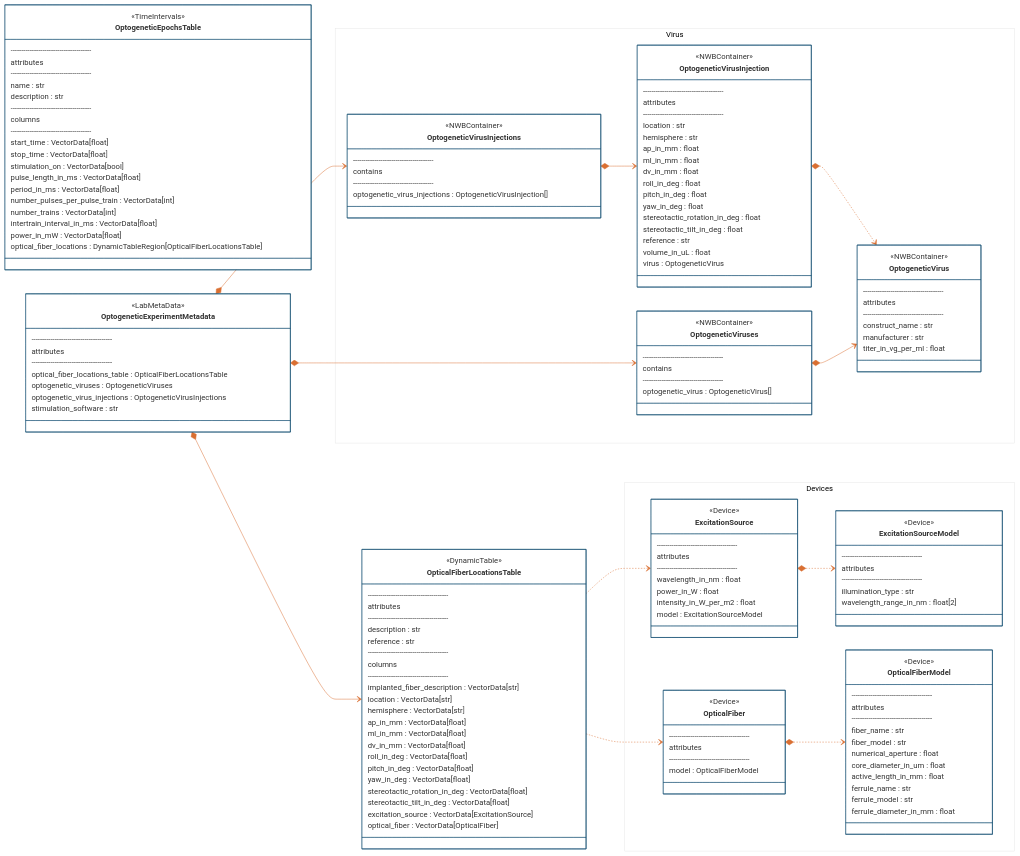
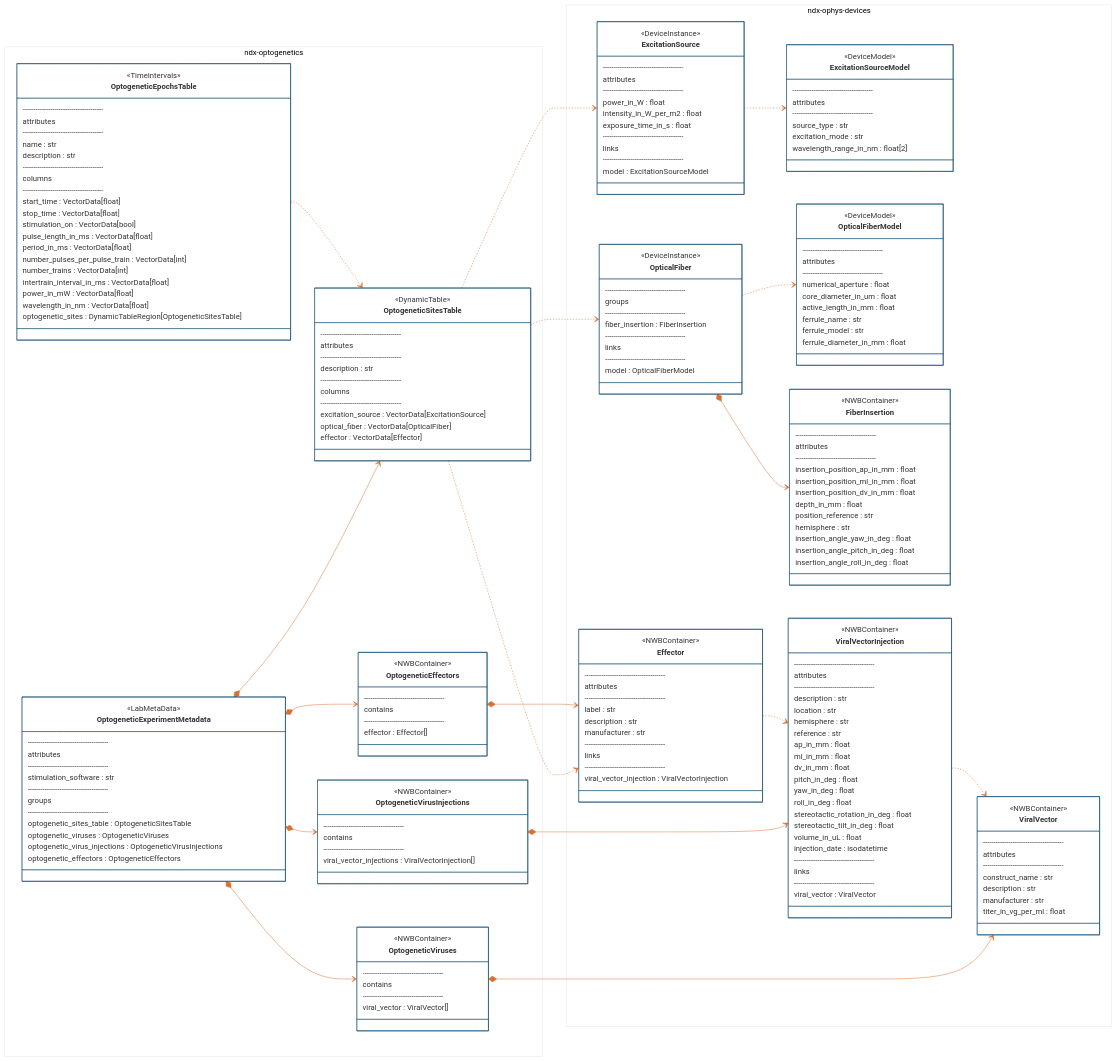
The diagram in README.md (rly/ndx-optogenetics), drawn with Mermaid before and after one commit. The commit also changed other lines of this file, not shown here.

````diff
--- a/README.md
+++ b/README.md
@@ -93,94 +141,118 @@
 classDiagram
     direction LR
 
-    class OptogeneticEpochsTable {
-        <<TimeIntervals>>
-        --------------------------------------
-        attributes
-        --------------------------------------
-        name : str
-        description : str
-
-        --------------------------------------
-        columns
-        --------------------------------------
-        start_time : VectorData[float]
-        stop_time : VectorData[float]
-        stimulation_on : VectorData[bool]
-        pulse_length_in_ms : VectorData[float]
-        period_in_ms : VectorData[float]
-        number_pulses_per_pulse_train : VectorData[int]
-        number_trains : VectorData[int]
-        intertrain_interval_in_ms : VectorData[float]
-        power_in_mW : VectorData[float]
-        optical_fiber_locations : DynamicTableRegion[OpticalFiberLocationsTable]
-    }
-
-    class OptogeneticExperimentMetadata {
-        <<LabMetaData>>
-        --------------------------------------
-        attributes
-        --------------------------------------
-        optical_fiber_locations_table : OpticalFiberLocationsTable
-        optogenetic_viruses : OptogeneticViruses
-        optogenetic_virus_injections : OptogeneticVirusInjections
-        stimulation_software : str
-    }
-
-    class OpticalFiberLocationsTable {
-        <<DynamicTable>>
-        --------------------------------------
-        attributes
-        --------------------------------------
-        description : str
-        reference : str
-
-        --------------------------------------
-        columns
-        --------------------------------------
-        implanted_fiber_description : VectorData[str]
-        location : VectorData[str]
-        hemisphere : VectorData[str]
-        ap_in_mm : VectorData[float]
-        ml_in_mm : VectorData[float]
-        dv_in_mm : VectorData[float]
-        roll_in_deg : VectorData[float]
-        pitch_in_deg : VectorData[float]
-        yaw_in_deg : VectorData[float]
-        stereotactic_rotation_in_deg : VectorData[float]
-        stereotactic_tilt_in_deg : VectorData[float]
-        excitation_source : VectorData[ExcitationSource]
-        optical_fiber : VectorData[OpticalFiber]
-    }
-
-    namespace Devices {
-        class ExcitationSourceModel {
-            <<Device>>
+    namespace ndx-optogenetics {
+        class OptogeneticEpochsTable {
+            <<TimeIntervals>>
             --------------------------------------
             attributes
             --------------------------------------
-            illumination_type : str
+            name : str
+            description : str
+
+            --------------------------------------
+            columns
+            --------------------------------------
+            start_time : VectorData[float]
+            stop_time : VectorData[float]
+            stimulation_on : VectorData[bool]
+            pulse_length_in_ms : VectorData[float]
+            period_in_ms : VectorData[float]
+            number_pulses_per_pulse_train : VectorData[int]
+            number_trains : VectorData[int]
+            intertrain_interval_in_ms : VectorData[float]
+            power_in_mW : VectorData[float]
+            wavelength_in_nm : VectorData[float]
+            optogenetic_sites : DynamicTableRegion[OptogeneticSitesTable]
+        }
+
+        class OptogeneticExperimentMetadata {
+            <<LabMetaData>>
+            --------------------------------------
+            attributes
+            --------------------------------------
+            stimulation_software : str
+            --------------------------------------
+            groups
+            --------------------------------------
+            optogenetic_sites_table : OptogeneticSitesTable
+            optogenetic_viruses : OptogeneticViruses
+            optogenetic_virus_injections : OptogeneticVirusInjections
+            optogenetic_effectors : OptogeneticEffectors
+        }
+
+        class OptogeneticSitesTable {
+            <<DynamicTable>>
+            --------------------------------------
+            attributes
+            --------------------------------------
+            description : str
+
+            --------------------------------------
+            columns
+            --------------------------------------
+            excitation_source : VectorData[ExcitationSource]
+            optical_fiber : VectorData[OpticalFiber]
+            effector : VectorData[Effector]
+        }
+
+        class OptogeneticViruses {
+            <<NWBContainer>>
+            --------------------------------------
+            contains
+            --------------------------------------
+            viral_vector : ViralVector[]
+        }
+
+        class OptogeneticVirusInjections {
+            <<NWBContainer>>
+            --------------------------------------
+            contains
+            --------------------------------------
+            viral_vector_injections : ViralVectorInjection[]
+        }
+
+        class OptogeneticEffectors {
+            <<NWBContainer>>
+            --------------------------------------
+            contains
+            --------------------------------------
+            effector : Effector[]
+        }
+    }
+
+    namespace ndx-ophys-devices {
+
+
+        class ExcitationSourceModel {
+            <<DeviceModel>>
+            --------------------------------------
+            attributes
+            --------------------------------------
+            source_type : str
+            excitation_mode : str
             wavelength_range_in_nm : float[2]
         }
 
         class ExcitationSource {
-            <<Device>>
+            <<DeviceInstance>>
             --------------------------------------
             attributes
             --------------------------------------
-            wavelength_in_nm : float
             power_in_W : float
             intensity_in_W_per_m2 : float
+            exposure_time_in_s : float
+            --------------------------------------
+            links
+            --------------------------------------
             model : ExcitationSourceModel
         }
 
         class OpticalFiberModel {
-            <<Device>>
+            <<DeviceModel>>
             --------------------------------------
             attributes
             --------------------------------------
-            fiber_name : str
-            fiber_model : str
             numerical_aperture : float
             core_diameter_in_um : float
             active_length_in_mm : float
@@ -189,71 +261,99 @@
             ferrule_diameter_in_mm : float
         }
 
-        class OpticalFiber {
-            <<Device>>
+        class FiberInsertion {
+            <<NWBContainer>>
             --------------------------------------
             attributes
             --------------------------------------
+            insertion_position_ap_in_mm : float
+            insertion_position_ml_in_mm : float
+            insertion_position_dv_in_mm : float
+            depth_in_mm : float
+            position_reference : str
+            hemisphere : str
+            insertion_angle_yaw_in_deg : float
+            insertion_angle_pitch_in_deg : float
+            insertion_angle_roll_in_deg : float
+        }
+
+        class OpticalFiber {
+            <<DeviceInstance>>
+            --------------------------------------
+            groups
+            --------------------------------------
+            fiber_insertion : FiberInsertion
+            --------------------------------------
+            links
+            --------------------------------------
             model : OpticalFiberModel
         }
-    }
 
-    namespace Virus {
-        class OptogeneticVirus {
+        class ViralVector {
             <<NWBContainer>>
             --------------------------------------
             attributes
             --------------------------------------
             construct_name : str
+            description : str
             manufacturer : str
             titer_in_vg_per_ml : float
         }
 
-        class OptogeneticVirusInjection {
+        class ViralVectorInjection {
             <<NWBContainer>>
             --------------------------------------
             attributes
             --------------------------------------
+            description : str
             location : str
             hemisphere : str
+            reference : str
             ap_in_mm : float
             ml_in_mm : float
             dv_in_mm : float
-            roll_in_deg : float
             pitch_in_deg : float
             yaw_in_deg : float
+            roll_in_deg : float
             stereotactic_rotation_in_deg : float
             stereotactic_tilt_in_deg : float
-            reference : str
             volume_in_uL : float
-            virus : OptogeneticVirus
+            injection_date : isodatetime
+            --------------------------------------
+            links
+            --------------------------------------
+            viral_vector : ViralVector
         }
 
-        class OptogeneticViruses {
+        class Effector {
             <<NWBContainer>>
             --------------------------------------
-            contains
+            attributes
             --------------------------------------
-            optogenetic_virus : OptogeneticVirus[]
-        }
-
-        class OptogeneticVirusInjections {
-            <<NWBContainer>>
+            label : str
+            description : str
+            manufacturer : str
             --------------------------------------
-            contains
+            links
             --------------------------------------
-            optogenetic_virus_injections : OptogeneticVirusInjection[]
+            viral_vector_injection : ViralVectorInjection
         }
     }
 
-    OptogeneticExperimentMetadata *--> OpticalFiberLocationsTable
+    OptogeneticExperimentMetadata *--> OptogeneticSitesTable
     OptogeneticExperimentMetadata *--> OptogeneticViruses
     OptogeneticExperimentMetadata *--> OptogeneticVirusInjections
-    OpticalFiberLocationsTable ..> ExcitationSource
-    OpticalFiberLocationsTable ..> OpticalFiber
-    ExcitationSource *..> ExcitationSourceModel
-    OpticalFiber *..> OpticalFiberModel
-    OptogeneticVirusInjection *..> OptogeneticVirus
-    OptogeneticViruses *--> OptogeneticVirus
-    OptogeneticVirusInjections *--> OptogeneticVirusInjection
+    OptogeneticExperimentMetadata *--> OptogeneticEffectors
+    OptogeneticSitesTable ..> ExcitationSource
+    OptogeneticSitesTable ..> OpticalFiber
+    OptogeneticSitesTable ..> Effector
+    OptogeneticViruses *--> ViralVector
+    OptogeneticVirusInjections *--> ViralVectorInjection
+    OptogeneticEffectors *--> Effector
+    OptogeneticEpochsTable ..> OptogeneticSitesTable
+    ExcitationSource ..> ExcitationSourceModel
+    OpticalFiber ..> OpticalFiberModel
+    OpticalFiber *--> FiberInsertion
+    ViralVectorInjection ..> ViralVector
+    Effector ..> ViralVectorInjection
 ```
````
